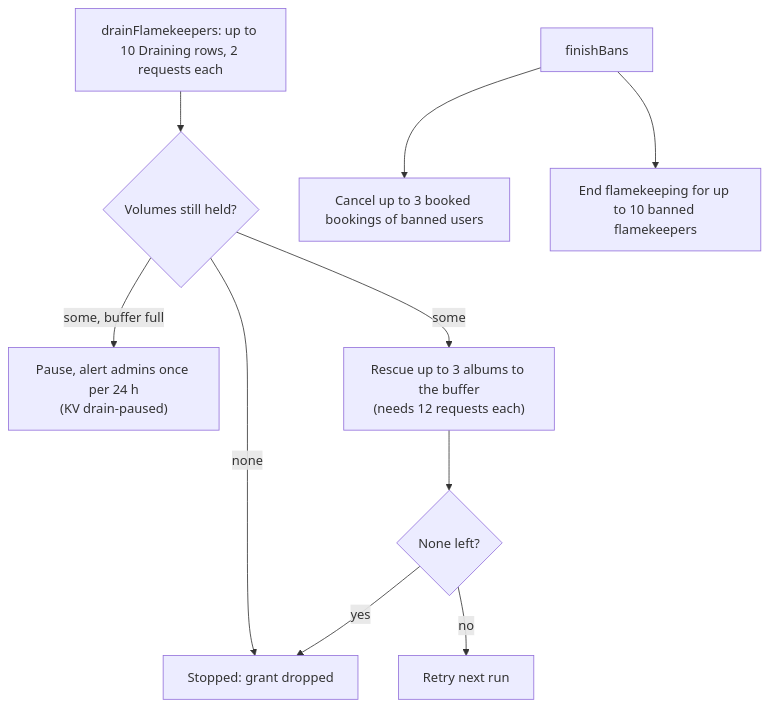
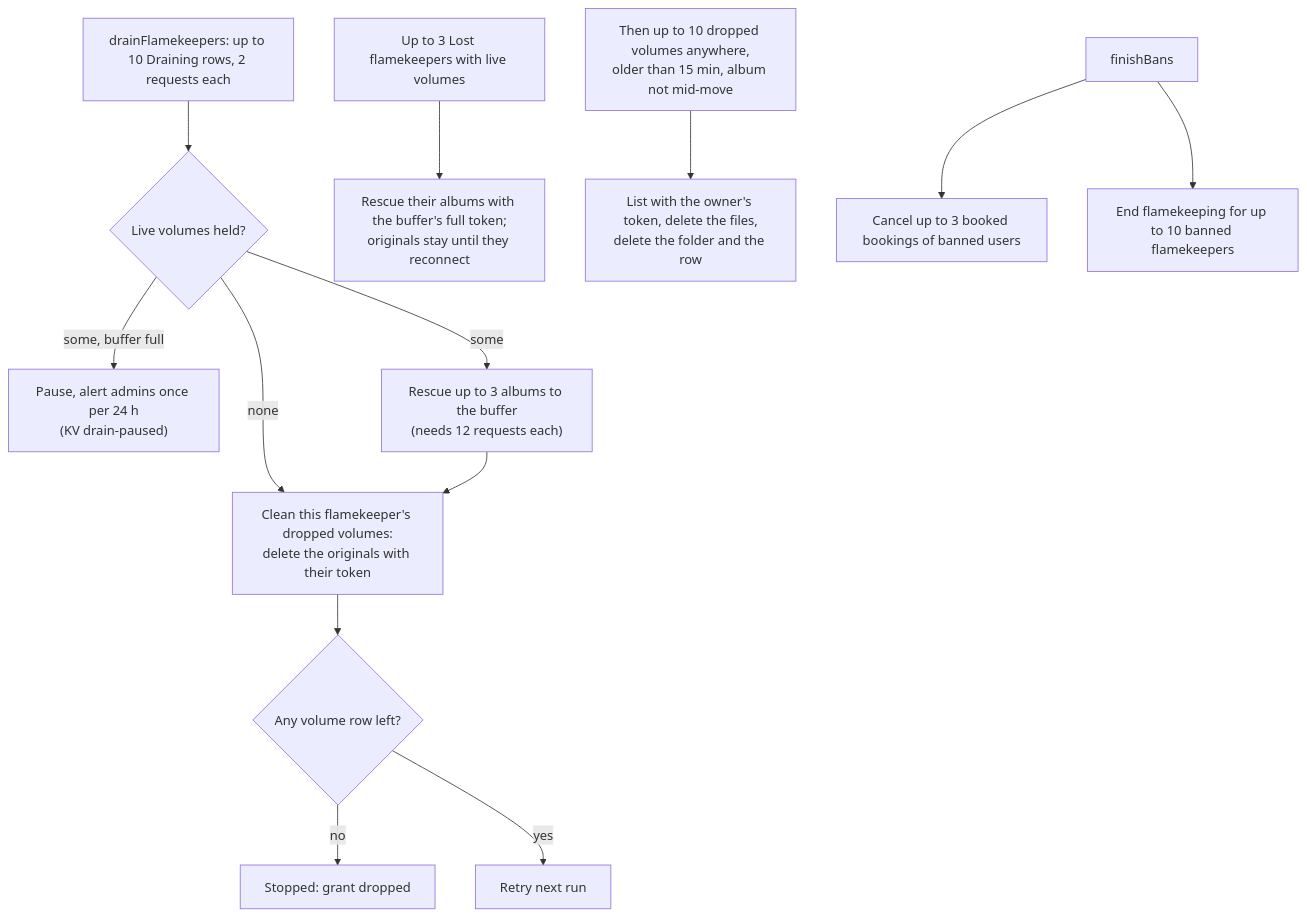
One commit to sagyzdop/meriksirat changed the fourth of 5 diagrams in docs/scenarios/cron/hourly.md. Above: the diagram before and after it, drawn with Mermaid. The commit also changed other lines of this file and 51 other files, not shown here.

Commit message:
feat: build album offload without a flag, wire lost-grace and graduation settings, show Stopped

````diff
--- a/docs/scenarios/cron/hourly.md
+++ b/docs/scenarios/cron/hourly.md
@@ -40,12 +40,15 @@
 ```mermaid
 flowchart TD
-    A["drainFlamekeepers: up to 10 Draining rows, 2 requests each"] --> B{Volumes still held?}
-    B -- none --> S[Stopped: grant dropped]
+    A["drainFlamekeepers: up to 10 Draining rows, 2 requests each"] --> B{Live volumes held?}
     B -- some, buffer full --> P["Pause, alert admins once per 24 h<br/>(KV drain-paused)"]
     B -- some --> R["Rescue up to 3 albums to the buffer<br/>(needs 12 requests each)"]
-    R --> B2{None left?}
-    B2 -- yes --> S
-    B2 -- no --> W[Retry next run]
+    B -- none --> C["Clean this flamekeeper's dropped volumes:<br/>delete the originals with their token"]
+    R --> C
+    C --> B2{Any volume row left?}
+    B2 -- no --> S[Stopped: grant dropped]
+    B2 -- yes --> W[Retry next run]
+    L["Up to 3 Lost flamekeepers with live volumes"] --> LR["Rescue their albums with the buffer's full token;<br/>originals stay until they reconnect"]
+    CL["Then up to 10 dropped volumes anywhere,<br/>older than 15 min, album not mid-move"] --> CD["List with the owner's token, delete the files,<br/>delete the folder and the row"]
     X["finishBans"] --> Y["Cancel up to 3 booked bookings of banned users"]
     X --> Z["End flamekeeping for up to 10 banned flamekeepers"]
 ```
````
